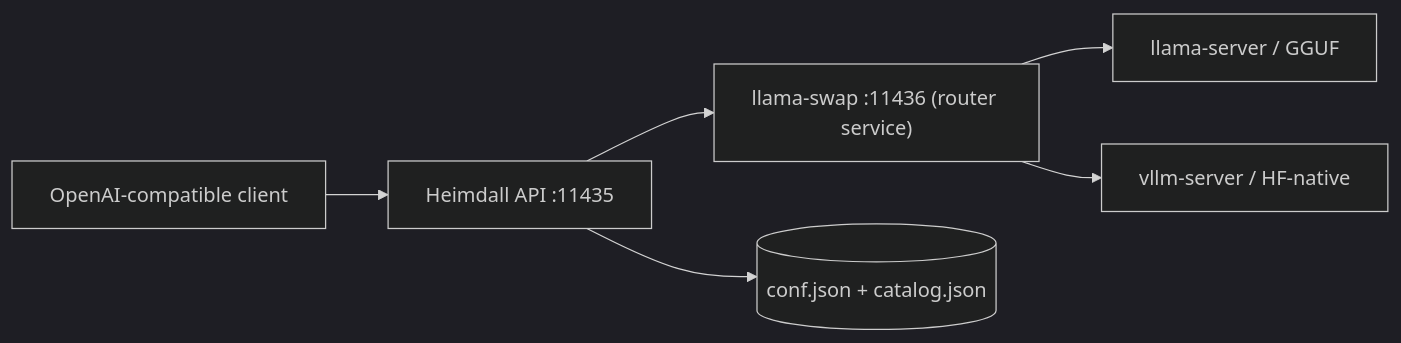
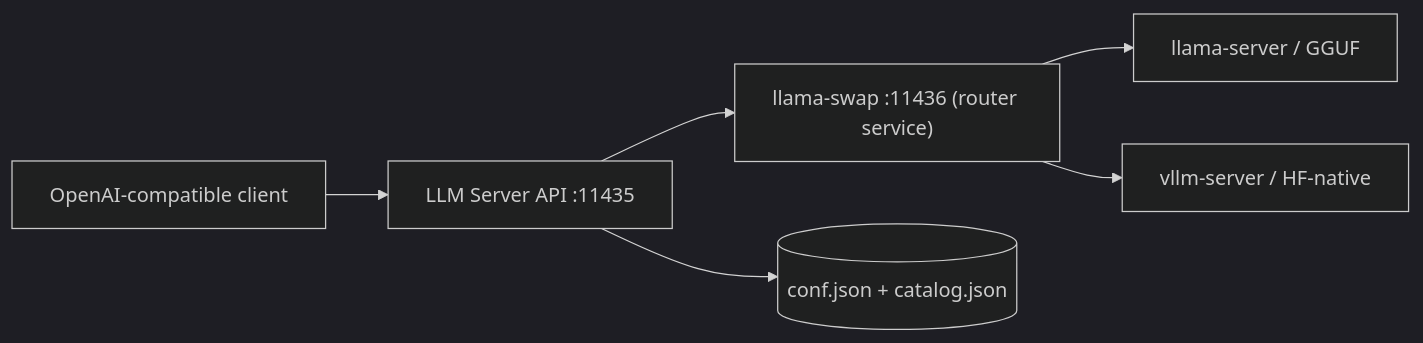
One commit to mpperez3/Heimdall-Gateway changed the diagram in README.md. Above: the diagram before and after it, drawn with Mermaid (dark theme). The commit also changed other lines of this file and 55 other files, not shown here.

First line of the commit message:
refactor(cli): rename Heimdall Gateway to LLM Server

````diff
--- a/README.md
+++ b/README.md
@@ -34,8 +34,8 @@
 ```mermaid
 flowchart LR
-    C[OpenAI-compatible client] --> A["Heimdall API :11435"]
+    C[OpenAI-compatible client] --> A["LLM Server API :11435"]
     A --> S["llama-swap :11436 (router service)"]
     S --> CPP["llama-server / GGUF"]
     S --> V["vllm-server / HF-native"]
     A --> D[("conf.json + catalog.json")]
 ```
````
